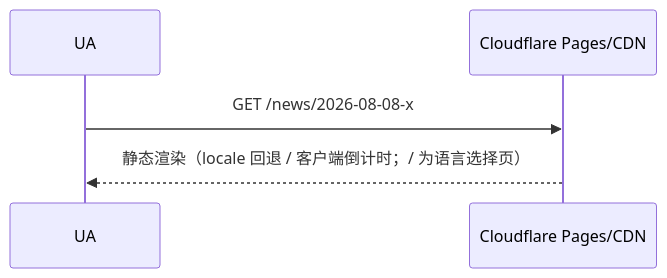
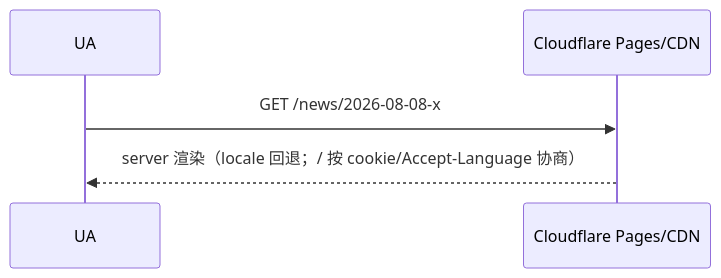
The fourth of 5 diagrams in docs/design.md (ariga39/momoko.pro), drawn with Mermaid before and after one commit. The commit also changed other lines of this file and 52 other files, not shown here.

First line of the commit message:
feat: server locale negotiation and v0.5 homepage shell (#15)

````diff
--- a/docs/design.md
+++ b/docs/design.md
@@ -425,7 +425,7 @@
 ```mermaid
 sequenceDiagram
   participant UA
   participant S as Cloudflare Pages/CDN
   UA->>S: GET /news/2026-08-08-x
-  S-->>UA: 静态渲染（locale 回退 / 客户端倒计时；/ 为语言选择页）
+  S-->>UA: server 渲染（locale 回退；/ 按 cookie/Accept-Language 协商）
 ```
````
